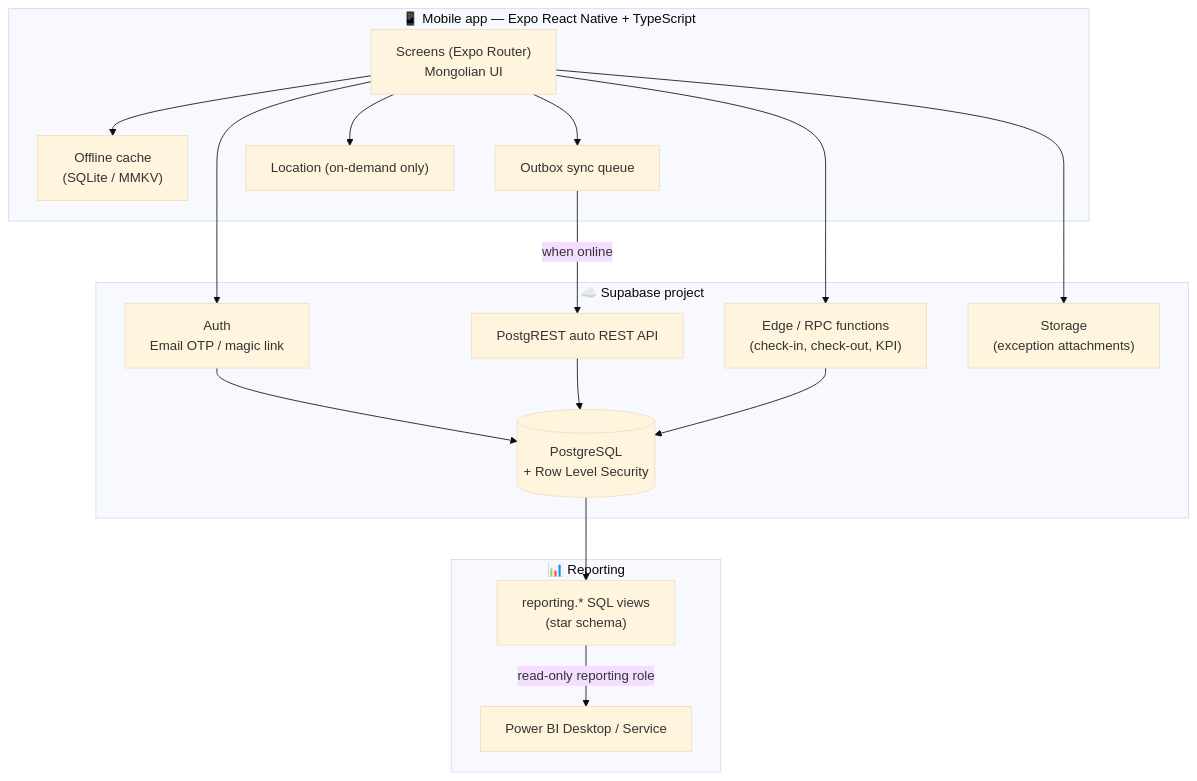
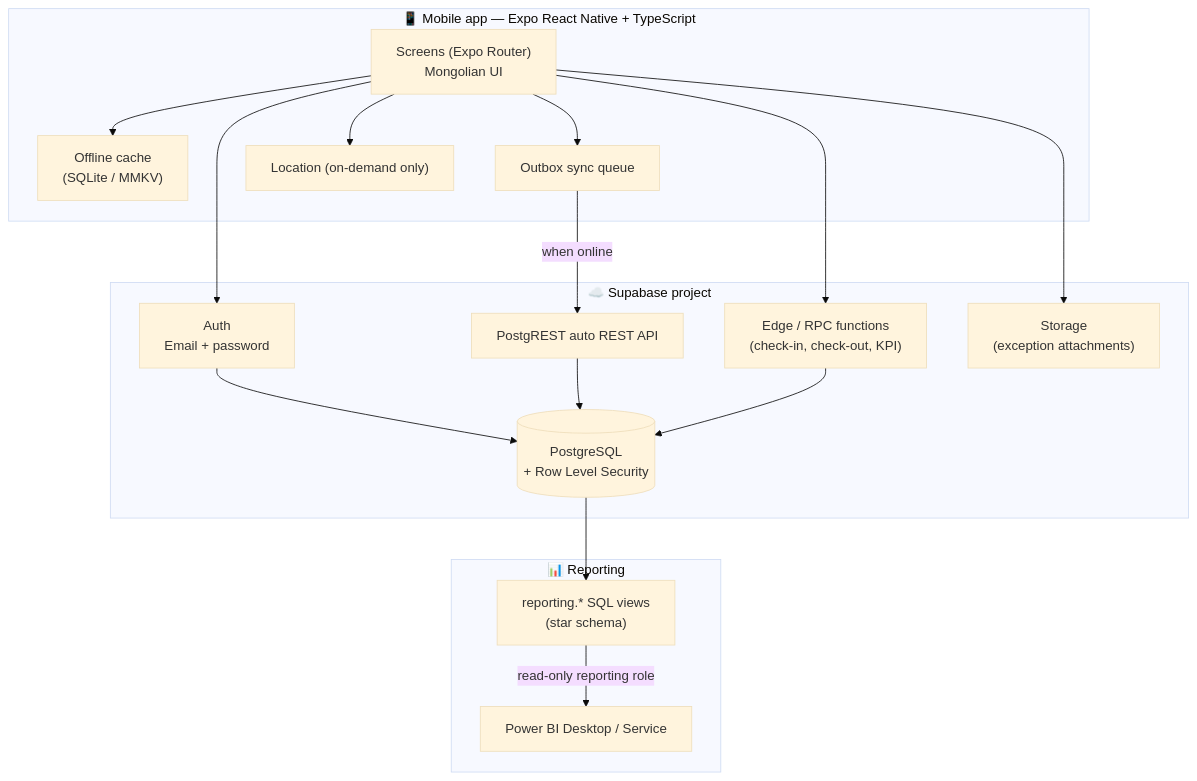
The first of 2 diagrams in doctor-visit-tracker/docs/01-architecture.md (myagmarsurennrngrl/powerbi-assets), drawn with Mermaid (base theme) before and after one commit. The commit also changed other lines of this file and 25 other files, not shown here.

````diff
--- a/doctor-visit-tracker/docs/01-architecture.md
+++ b/doctor-visit-tracker/docs/01-architecture.md
@@ -22,35 +22,35 @@
 ```mermaid
 graph TB
     subgraph Phone["📱 Mobile app — Expo React Native + TypeScript"]
         UI["Screens (Expo Router)<br/>Mongolian UI"]
         Cache["Offline cache<br/>(SQLite / MMKV)"]
         Queue["Outbox sync queue"]
         Loc["Location (on-demand only)"]
     end
 
     subgraph Supabase["☁️ Supabase project"]
-        Auth["Auth<br/>Email OTP / magic link"]
+        Auth["Auth<br/>Email + password"]
         API["PostgREST auto REST API"]
         RPC["Edge / RPC functions<br/>(check-in, check-out, KPI)"]
         DB[("PostgreSQL<br/>+ Row Level Security")]
         Store["Storage<br/>(exception attachments)"]
     end
 
     subgraph Reporting["📊 Reporting"]
         Views["reporting.* SQL views<br/>(star schema)"]
         PBI["Power BI Desktop / Service"]
     end
 
     UI --> Cache
     UI --> Queue
     UI --> Loc
     Queue -->|when online| API
     UI --> Auth
     Auth --> DB
     API --> DB
     RPC --> DB
     UI --> RPC
     UI --> Store
     DB --> Views
     Views -->|read-only reporting role| PBI
 ```
````
